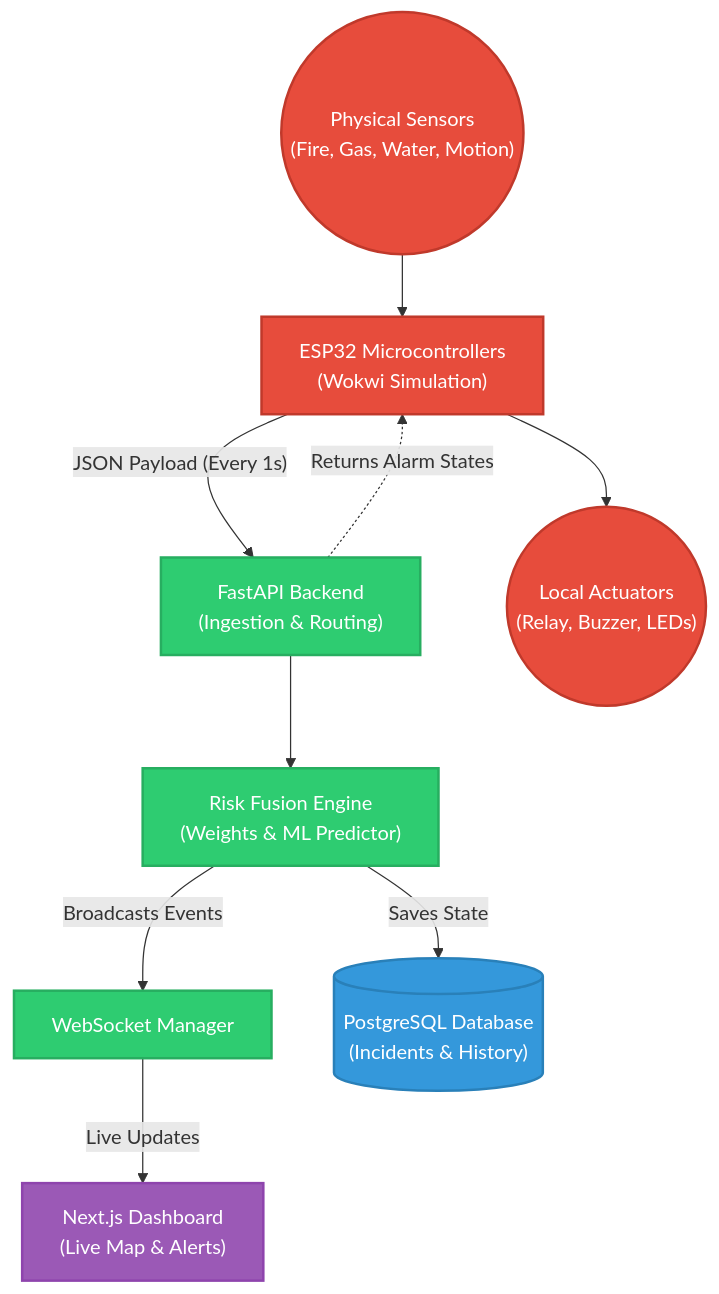
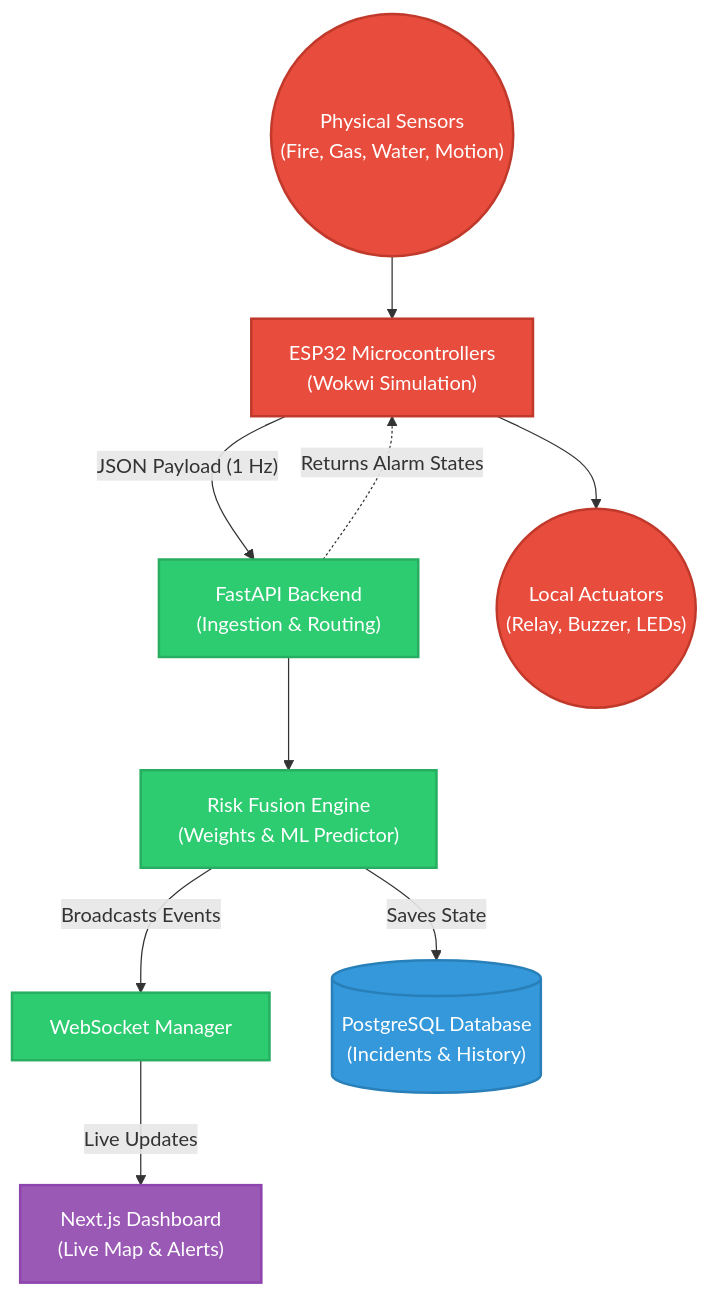
One commit to IsTu25/Robofusion- changed the first of 2 diagrams in README.md. Above: the diagram before and after it, drawn with Mermaid. The commit also changed other lines of this file, not shown here.

Commit message:
docs: Completely rewrite README to industry standards with badges and ER diagrams

````diff
--- a/README.md
+++ b/README.md
@@ -9,35 +38,35 @@
 ```mermaid
 flowchart TD
     %% Styling
     classDef hardware fill:#e74c3c,stroke:#c0392b,color:#fff,stroke-width:2px
     classDef backend fill:#2ecc71,stroke:#27ae60,color:#fff,stroke-width:2px
     classDef database fill:#3498db,stroke:#2980b9,color:#fff,stroke-width:2px
     classDef frontend fill:#9b59b6,stroke:#8e44ad,color:#fff,stroke-width:2px
 
     %% Components
     SENSORS(("Physical Sensors\n(Fire, Gas, Water, Motion)")):::hardware
     ESP["ESP32 Microcontrollers\n(Wokwi Simulation)"]:::hardware
     
     API["FastAPI Backend\n(Ingestion & Routing)"]:::backend
     RISK["Risk Fusion Engine\n(Weights & ML Predictor)"]:::backend
     WS["WebSocket Manager"]:::backend
     
     DB[("PostgreSQL Database\n(Incidents & History)")]:::database
     
     UI["Next.js Dashboard\n(Live Map & Alerts)"]:::frontend
     ACTUATORS(("Local Actuators\n(Relay, Buzzer, LEDs)")):::hardware
 
     %% Flow
     SENSORS --> ESP
-    ESP -- "JSON Payload (Every 1s)" --> API
+    ESP -- "JSON Payload (1 Hz)" --> API
     API --> RISK
     
     RISK -- "Saves State" --> DB
     RISK -- "Broadcasts Events" --> WS
     
     WS -- "Live Updates" --> UI
     
     %% Feedback Loop
     API -. "Returns Alarm States" .-> ESP
     ESP --> ACTUATORS
 ```
````
